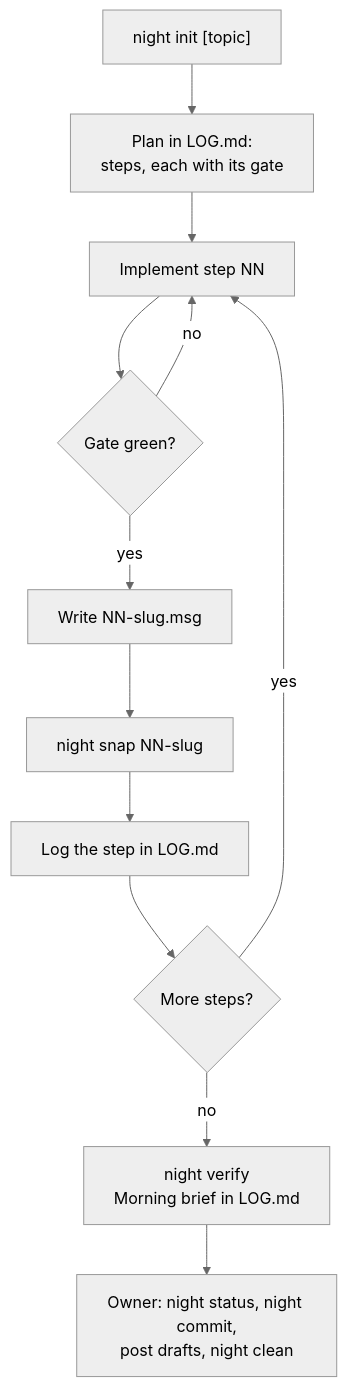
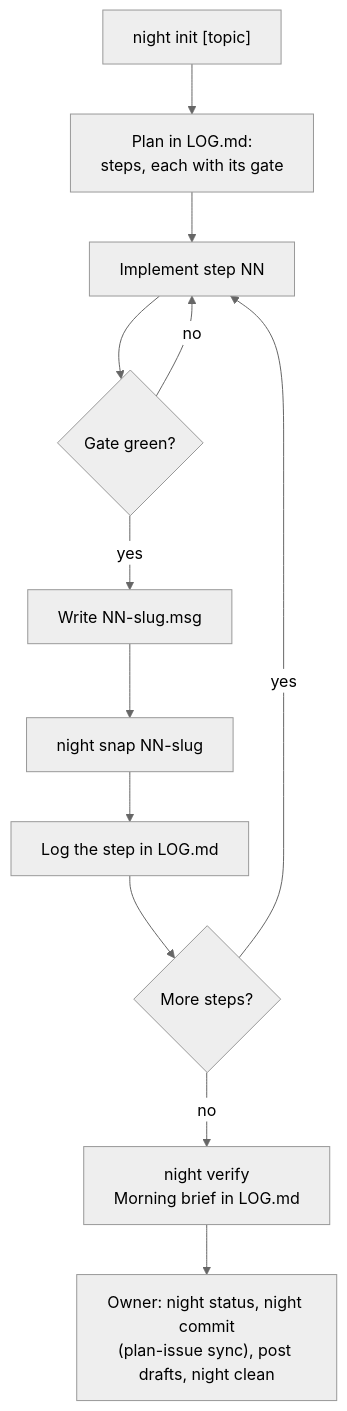
Before and after one commit to szaghi/dotfiles: the diagram in docs/claude/night-protocol.md, drawn with Mermaid (neutral theme). The commit also changed other lines of this file and 14 other files, not shown here.

````diff
--- a/docs/claude/night-protocol.md
+++ b/docs/claude/night-protocol.md
@@ -24,14 +24,14 @@
 ```mermaid
 flowchart TD
     A["night init [topic]"] --> B["Plan in LOG.md:<br/>steps, each with its gate"]
     B --> C["Implement step NN"]
     C --> D{"Gate green?"}
     D -- no --> C
     D -- yes --> E["Write NN-slug.msg"]
     E --> F["night snap NN-slug"]
     F --> G["Log the step in LOG.md"]
     G --> H{"More steps?"}
     H -- yes --> C
     H -- no --> I["night verify<br/>Morning brief in LOG.md"]
-    I --> J["Owner: night status, night commit,<br/>post drafts, night clean"]
+    I --> J["Owner: night status, night commit<br/>(plan-issue sync), post drafts, night clean"]
 ```
````
